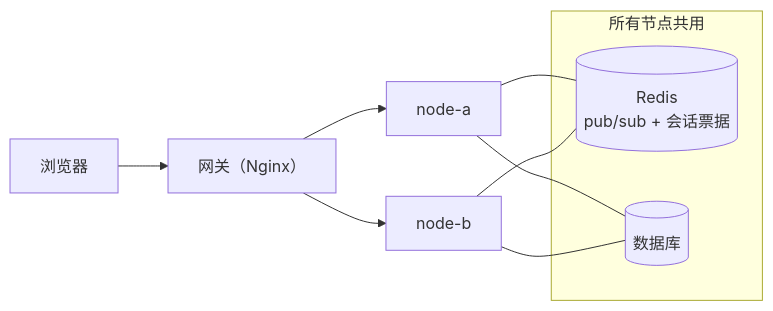
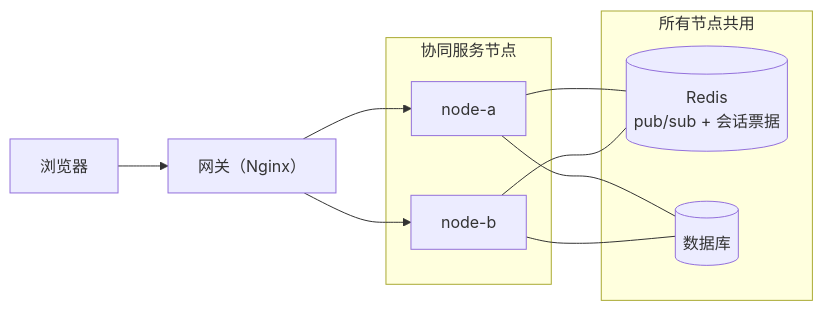
One commit to dream-num/univer-collaboration-examples changed the diagram in examples/multi-node/README.zh-CN.md. Above: the diagram before and after it, drawn with Mermaid. The commit also changed 1 other file, not shown here.

Commit message:
docs(multi-node): group the nodes in the deployment diagram

````diff
--- a/examples/multi-node/README.zh-CN.md
+++ b/examples/multi-node/README.zh-CN.md
@@ -11,14 +11,18 @@
 ```mermaid
 flowchart LR
     Browser["浏览器"] --> Gateway["网关（Nginx）"]
-    Gateway --> A["node-a"]
-    Gateway --> B["node-b"]
+    subgraph nodes["协同服务节点"]
+        A["node-a"]
+        B["node-b"]
+    end
+    Gateway --> A
+    Gateway --> B
     subgraph shared["所有节点共用"]
         Redis[("Redis<br/>pub/sub + 会话票据")]
         DB[("数据库")]
     end
     A --- Redis
     B --- Redis
     A --- DB
     B --- DB
 ```
````
